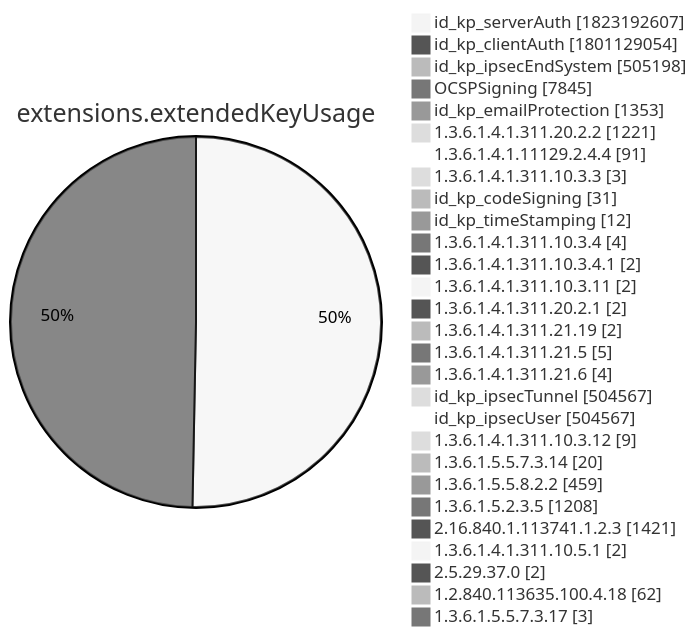
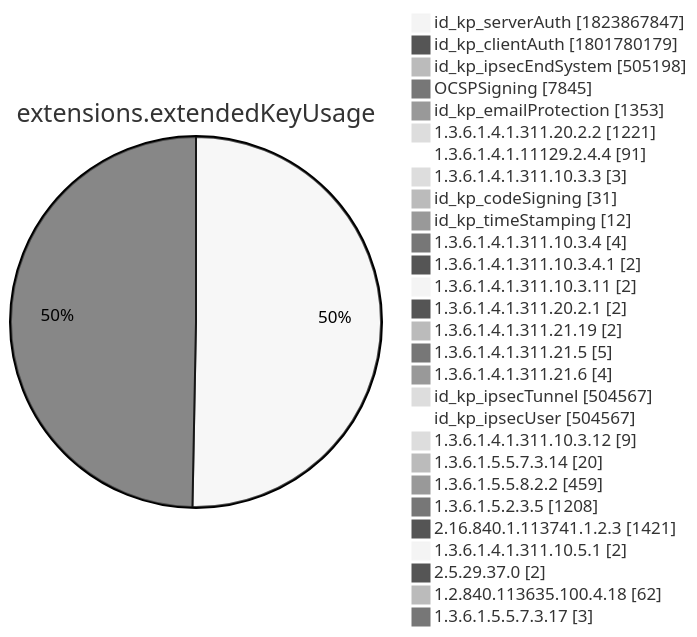
One commit to christiankrug/ctmonitor_visualization changed diagram 12 of 15 in xenon2022/README.md. Above: the diagram before and after it, drawn with Mermaid (neutral theme). The commit also changed other lines of this file, not shown here.

````diff
--- a/xenon2022/README.md
+++ b/xenon2022/README.md
@@ -3895,32 +3895,32 @@
 ```mermaid
 pie showData
 title extensions.extendedKeyUsage
-"id_kp_serverAuth" :1823192607
-"id_kp_clientAuth" :1801129054
+"id_kp_serverAuth" :1823867847
+"id_kp_clientAuth" :1801780179
 "id_kp_ipsecEndSystem" :505198
 "OCSPSigning" :7845
 "id_kp_emailProtection" :1353
 "1.3.6.1.4.1.311.20.2.2" :1221
 "1.3.6.1.4.1.11129.2.4.4" :91
 "1.3.6.1.4.1.311.10.3.3" :3
 "id_kp_codeSigning" :31
 "id_kp_timeStamping" :12
 "1.3.6.1.4.1.311.10.3.4" :4
 "1.3.6.1.4.1.311.10.3.4.1" :2
 "1.3.6.1.4.1.311.10.3.11" :2
 "1.3.6.1.4.1.311.20.2.1" :2
 "1.3.6.1.4.1.311.21.19" :2
 "1.3.6.1.4.1.311.21.5" :5
 "1.3.6.1.4.1.311.21.6" :4
 "id_kp_ipsecTunnel" :504567
 "id_kp_ipsecUser" :504567
 "1.3.6.1.4.1.311.10.3.12" :9
 "1.3.6.1.5.5.7.3.14" :20
 "1.3.6.1.5.5.8.2.2" :459
 "1.3.6.1.5.2.3.5" :1208
 "2.16.840.1.113741.1.2.3" :1421
 "1.3.6.1.4.1.311.10.5.1" :2
 "2.5.29.37.0" :2
 "1.2.840.113635.100.4.18" :62
 "1.3.6.1.5.5.7.3.17" :3
 ```
````
